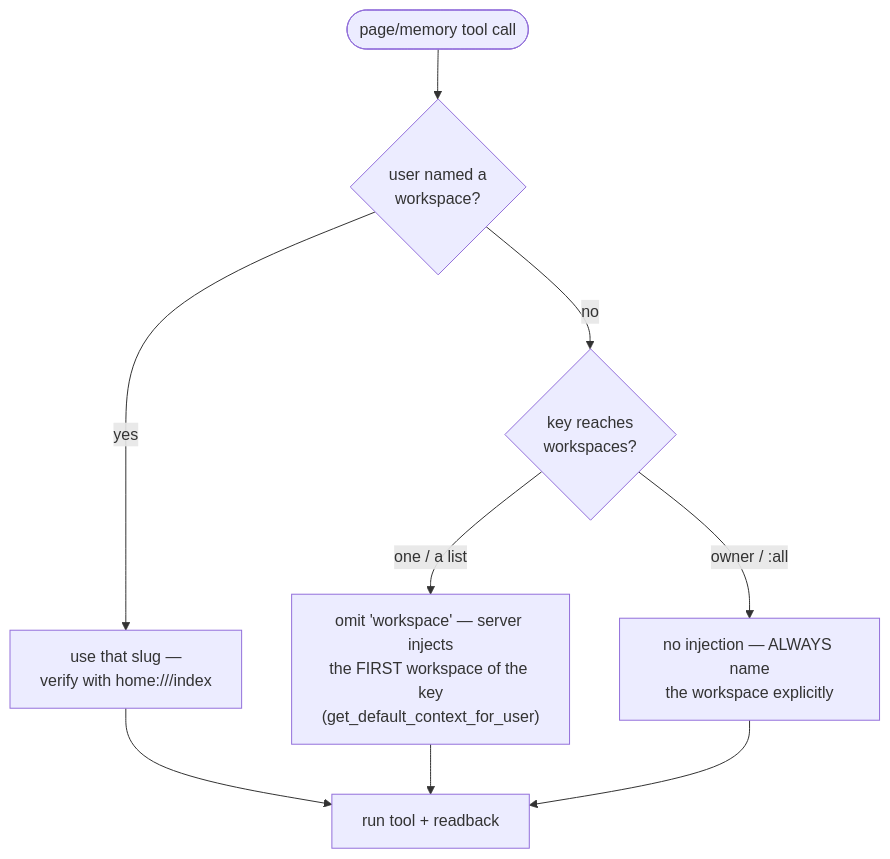
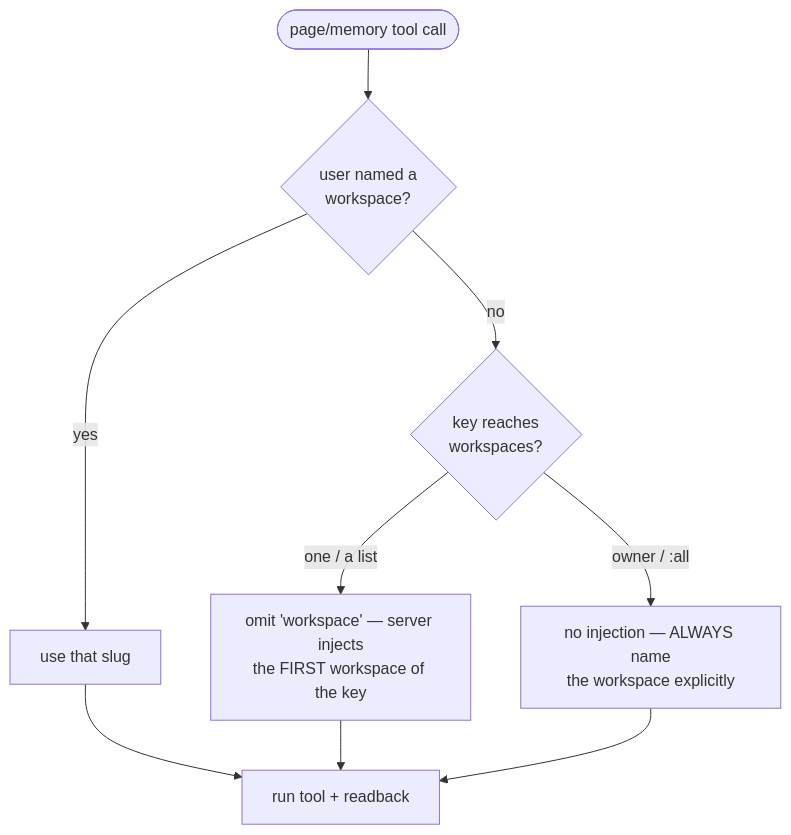
Before and after one commit to alvarolizama/dran: the second of 3 diagrams in skills/dran/SKILL.md, drawn with Mermaid. The commit also changed other lines of this file and 9 other files, not shown here.

````diff
--- a/skills/dran/SKILL.md
+++ b/skills/dran/SKILL.md
@@ -57,11 +62,11 @@
 ```mermaid
 flowchart TD
   S([page/memory tool call]) --> G1{"user named a\nworkspace?"}
-  G1 -->|yes| U1["use that slug —\nverify with home://<ws>/index"]
+  G1 -->|yes| U1["use that slug"]
   G1 -->|no| G2{"key reaches\nworkspaces?"}
-  G2 -->|"one / a list"| U2["omit 'workspace' — server injects\nthe FIRST workspace of the key\n(get_default_context_for_user)"]
+  G2 -->|"one / a list"| U2["omit 'workspace' — server injects\nthe FIRST workspace of the key"]
   G2 -->|"owner / :all"| U3["no injection — ALWAYS name\nthe workspace explicitly"]
   U1 --> W[run tool + readback]
   U2 --> W
   U3 --> W
 ```
````
